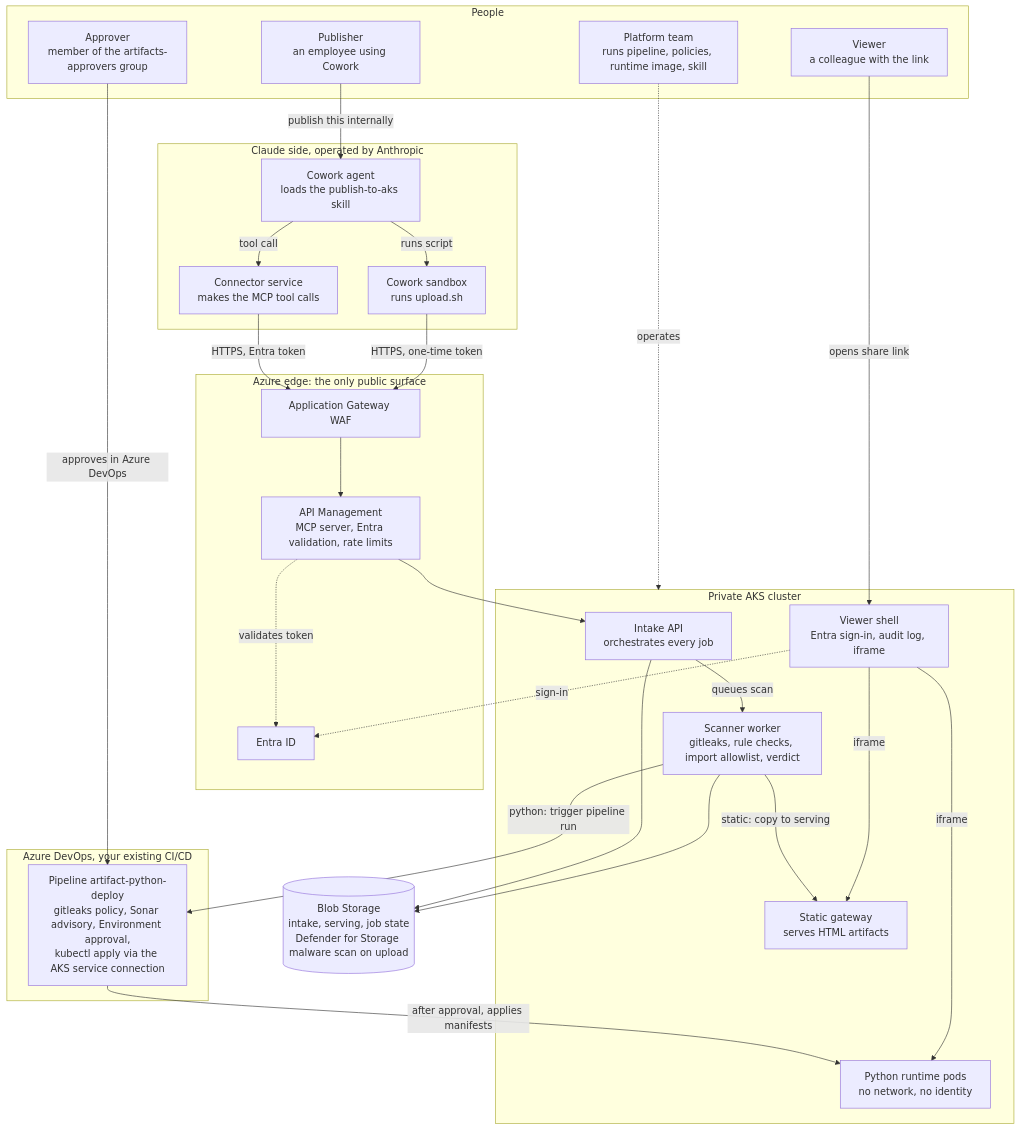
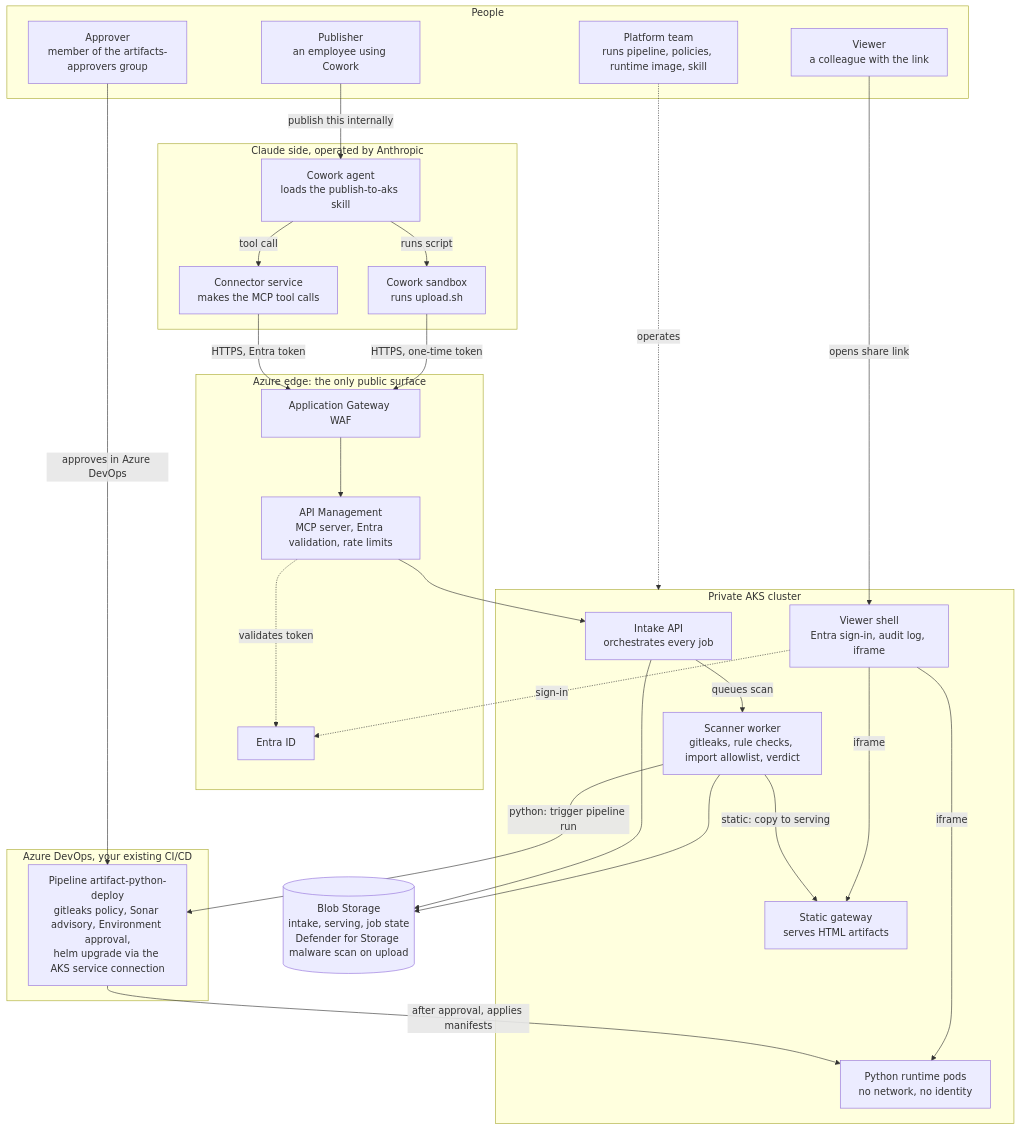
Before and after one commit to hpreowned/artifacts: the first of 7 diagrams in DIAGRAMS.md, drawn with Mermaid. The commit also changed other lines of this file and 4 other files, not shown here.

First line of the commit message:
Bring DESIGN.md and the walkthrough diagrams up to the as-built state

````diff
--- a/DIAGRAMS.md
+++ b/DIAGRAMS.md
@@ -11,51 +11,51 @@
 ```mermaid
 flowchart TB
   subgraph people ["People"]
     PUB["Publisher<br/>an employee using Cowork"]
     APR["Approver<br/>member of the artifacts-approvers group"]
     VIEW["Viewer<br/>a colleague with the link"]
     PLAT["Platform team<br/>runs pipeline, policies, runtime image, skill"]
   end
   subgraph claude ["Claude side, operated by Anthropic"]
     COWORK["Cowork agent<br/>loads the publish-to-aks skill"]
     SANDBOX["Cowork sandbox<br/>runs upload.sh"]
     CONN["Connector service<br/>makes the MCP tool calls"]
   end
   subgraph edge ["Azure edge: the only public surface"]
     APPGW["Application Gateway WAF"]
     APIM["API Management<br/>MCP server, Entra validation, rate limits"]
     ENTRA["Entra ID"]
   end
   subgraph cicd ["Azure DevOps, your existing CI/CD"]
-    ADO["Pipeline artifact-python-deploy<br/>gitleaks policy, Sonar advisory, Environment approval,<br/>kubectl apply via the AKS service connection"]
+    ADO["Pipeline artifact-python-deploy<br/>gitleaks policy, Sonar advisory, Environment approval,<br/>helm upgrade via the AKS service connection"]
   end
   subgraph aks ["Private AKS cluster"]
     INTAKE["Intake API<br/>orchestrates every job"]
     SCAN["Scanner worker<br/>gitleaks, rule checks, import allowlist, verdict"]
     STATIC["Static gateway<br/>serves HTML artifacts"]
     DYN["Python runtime pods<br/>no network, no identity"]
     SHELL["Viewer shell<br/>Entra sign-in, audit log, iframe"]
   end
   BLOB[("Blob Storage<br/>intake, serving, job state<br/>Defender for Storage malware scan on upload")]
 
   PUB -->|"publish this internally"| COWORK
   COWORK -->|"tool call"| CONN
   COWORK -->|"runs script"| SANDBOX
   CONN -->|"HTTPS, Entra token"| APPGW
   SANDBOX -->|"HTTPS, one-time token"| APPGW
   APPGW --> APIM
   APIM -.->|"validates token"| ENTRA
   APIM --> INTAKE
   INTAKE -->|"queues scan"| SCAN
   INTAKE --> BLOB
   SCAN --> BLOB
   SCAN -->|"static: copy to serving"| STATIC
   SCAN -->|"python: trigger pipeline run"| ADO
   ADO -->|"after approval, applies manifests"| DYN
   APR -->|"approves in Azure DevOps"| ADO
   VIEW -->|"opens share link"| SHELL
   SHELL -.->|"sign-in"| ENTRA
   SHELL -->|"iframe"| STATIC
   SHELL -->|"iframe"| DYN
   PLAT -.->|"operates"| aks
 ```
````
